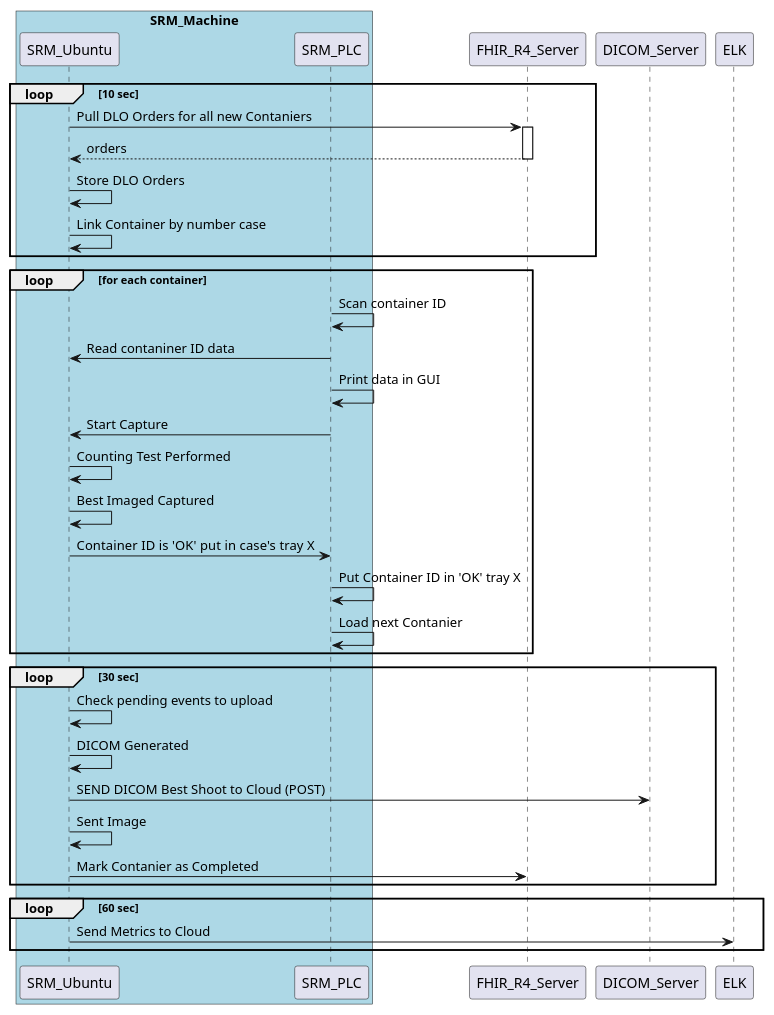
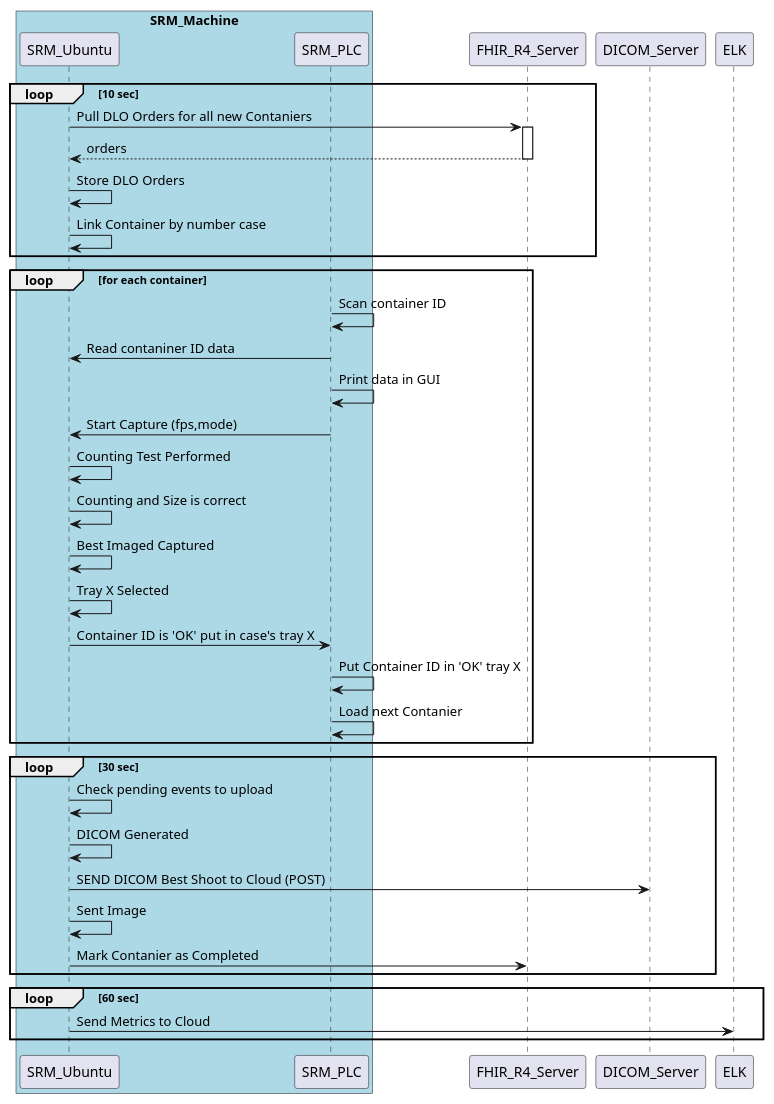
One commit to Qojgjg/playing-java-quarkus-mono changed the diagram in srm/src/plantuml/SRM.puml. Above: the diagram before and after it, drawn with PlantUML. The commit also changed 5 other files, not shown here.

```diff
--- a/srm/src/plantuml/SRM.puml
+++ b/srm/src/plantuml/SRM.puml
@@ -1,35 +1,39 @@
 @startuml Test Diagram
 
 box "SRM_Machine" #LightBlue
 participant SRM_Ubuntu
 participant SRM_PLC
 end box
 
 loop 10 sec
     SRM_Ubuntu->FHIR_R4_Server ++: Pull DLO Orders for all new Contaniers
     return orders
     SRM_Ubuntu->SRM_Ubuntu: Store DLO Orders
     SRM_Ubuntu->SRM_Ubuntu: Link Container by number case
 end
 loop for each container 
 SRM_PLC->SRM_PLC: Scan container ID
 SRM_PLC->SRM_Ubuntu: Read contaniner ID data
 SRM_PLC->SRM_PLC: Print data in GUI
-SRM_PLC->SRM_Ubuntu: Start Capture
+
+SRM_PLC->SRM_Ubuntu: Start Capture (fps,mode)
 SRM_Ubuntu->SRM_Ubuntu: Counting Test Performed
+SRM_Ubuntu->SRM_Ubuntu: Counting and Size is correct
 SRM_Ubuntu->SRM_Ubuntu: Best Imaged Captured
+SRM_Ubuntu->SRM_Ubuntu: Tray X Selected
 SRM_Ubuntu->SRM_PLC: Container ID is 'OK'  put in case's tray X
 SRM_PLC->SRM_PLC :Put Container ID in 'OK' tray X 
 SRM_PLC->SRM_PLC: Load next Contanier
+
 end
 loop 30 sec
     SRM_Ubuntu->SRM_Ubuntu: Check pending events to upload 
     SRM_Ubuntu->SRM_Ubuntu: DICOM Generated
     SRM_Ubuntu->DICOM_Server: SEND DICOM Best Shoot to Cloud (POST)
     SRM_Ubuntu->SRM_Ubuntu: Sent Image
     SRM_Ubuntu->FHIR_R4_Server: Mark Contanier as Completed
 end 
 loop 60 sec
     SRM_Ubuntu->ELK: Send Metrics to Cloud
 end 
 @enduml
```
